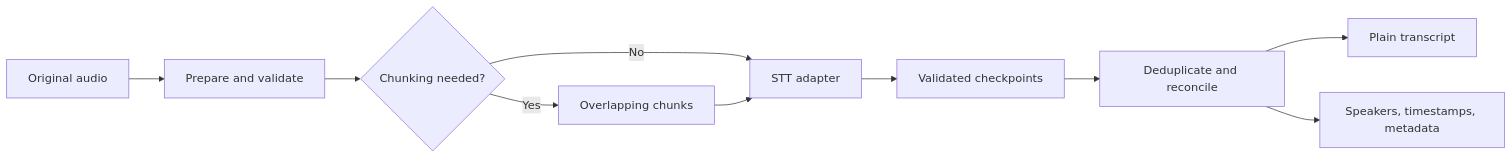
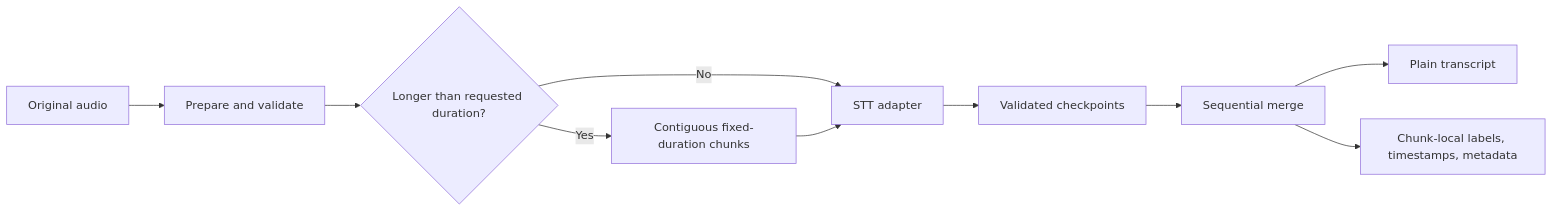
One commit to hugorteixeira/genflow changed the diagram in README.md. Above: the diagram before and after it, drawn with Mermaid. The commit also changed other lines of this file and 18 other files, not shown here.

````diff
--- a/README.md
+++ b/README.md
@@ -244,12 +244,12 @@
 ```mermaid
 flowchart LR
   A[Original audio] --> B[Prepare and validate]
-  B --> C{Chunking needed?}
+  B --> C{Longer than requested duration?}
   C -->|No| D[STT adapter]
-  C -->|Yes| E[Overlapping chunks]
+  C -->|Yes| E[Contiguous fixed-duration chunks]
   E --> D
   D --> F[Validated checkpoints]
-  F --> G[Deduplicate and reconcile]
+  F --> G[Sequential merge]
   G --> H[Plain transcript]
-  G --> I[Speakers, timestamps, metadata]
+  G --> I[Chunk-local labels, timestamps, metadata]
 ```
````
